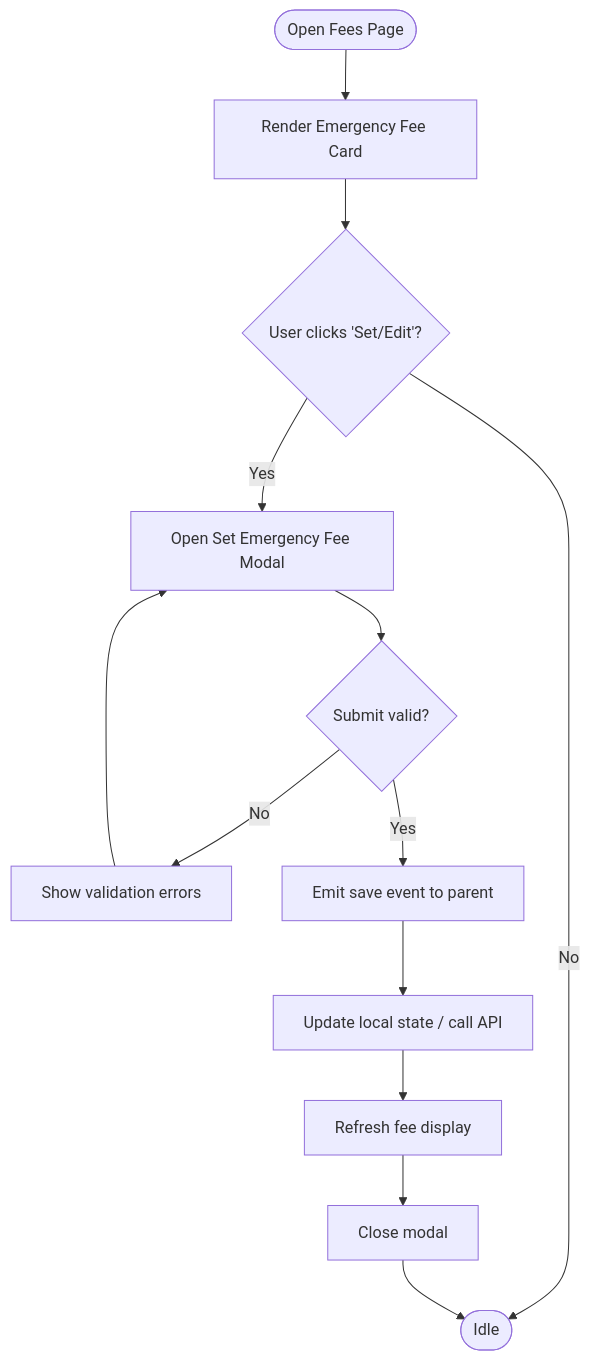
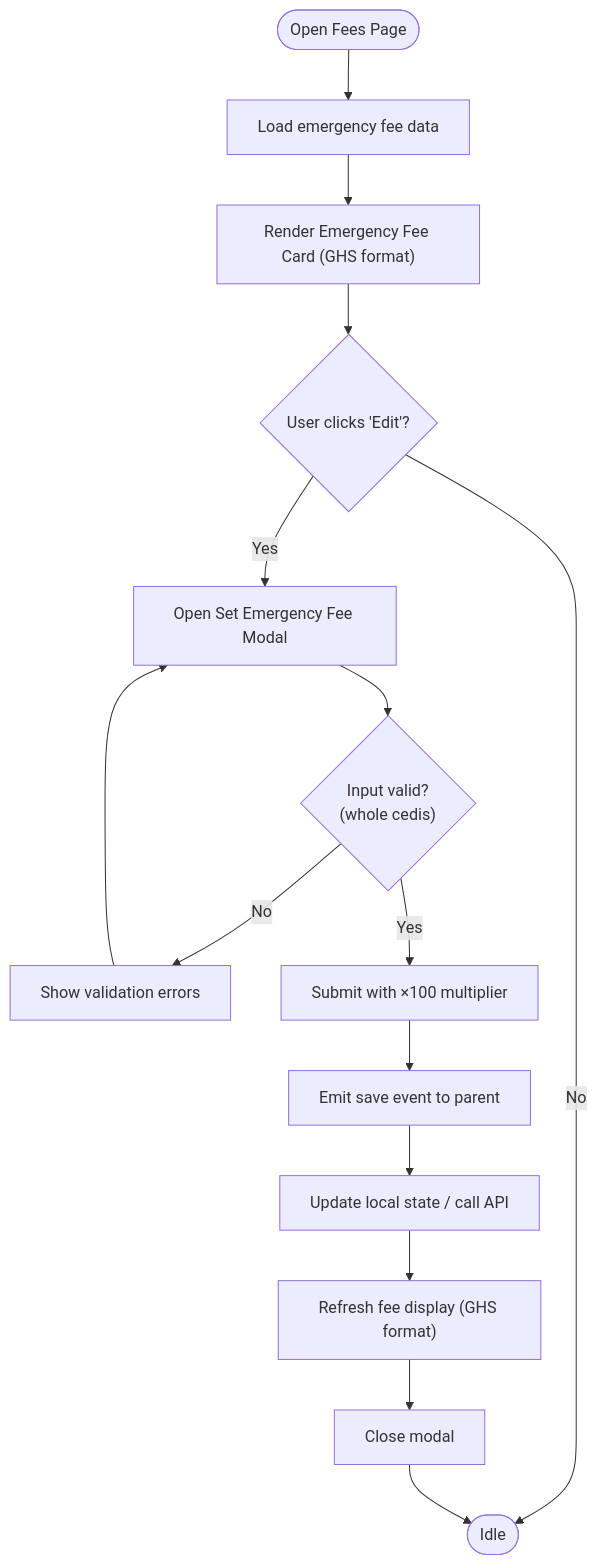
One commit to Lazynerd-Studios/lacarte-atlas-console changed the fifth of 7 diagrams in .qoder/repowiki/en/content/Business Modules/Emergency Fee Management.md. Above: the diagram before and after it, drawn with Mermaid. The commit also changed other lines of this file and 3 other files, not shown here.

First line of the commit message:
feat(fees): simplify currency display and add backend compatibility workaround

````diff
--- a/.qoder/repowiki/en/content/Business Modules/Emergency Fee Management.md
+++ b/.qoder/repowiki/en/content/Business Modules/Emergency Fee Management.md
@@ -188,15 +222,17 @@
 ```mermaid
 flowchart TD
-Start(["Open Fees Page"]) --> RenderCard["Render Emergency Fee Card"]
-RenderCard --> WaitAction{"User clicks 'Set/Edit'?"}
+Start(["Open Fees Page"]) --> LoadData["Load emergency fee data"]
+LoadData --> RenderCard["Render Emergency Fee Card (GHS format)"]
+RenderCard --> WaitAction{"User clicks 'Edit'?"}
 WaitAction --> |No| End(["Idle"])
 WaitAction --> |Yes| OpenModal["Open Set Emergency Fee Modal"]
-OpenModal --> Submit{"Submit valid?"}
-Submit --> |No| ShowErrors["Show validation errors"]
+OpenModal --> InputValid{"Input valid?<br/>(whole cedis)"}
+InputValid --> |No| ShowErrors["Show validation errors"]
 ShowErrors --> OpenModal
-Submit --> |Yes| SaveFee["Emit save event to parent"]
+InputValid --> |Yes| SubmitFee["Submit with ×100 multiplier"]
+SubmitFee --> SaveFee["Emit save event to parent"]
 SaveFee --> UpdateState["Update local state / call API"]
-UpdateState --> Refresh["Refresh fee display"]
+UpdateState --> Refresh["Refresh fee display (GHS format)"]
 Refresh --> CloseModal["Close modal"]
 CloseModal --> End
 ```
````
